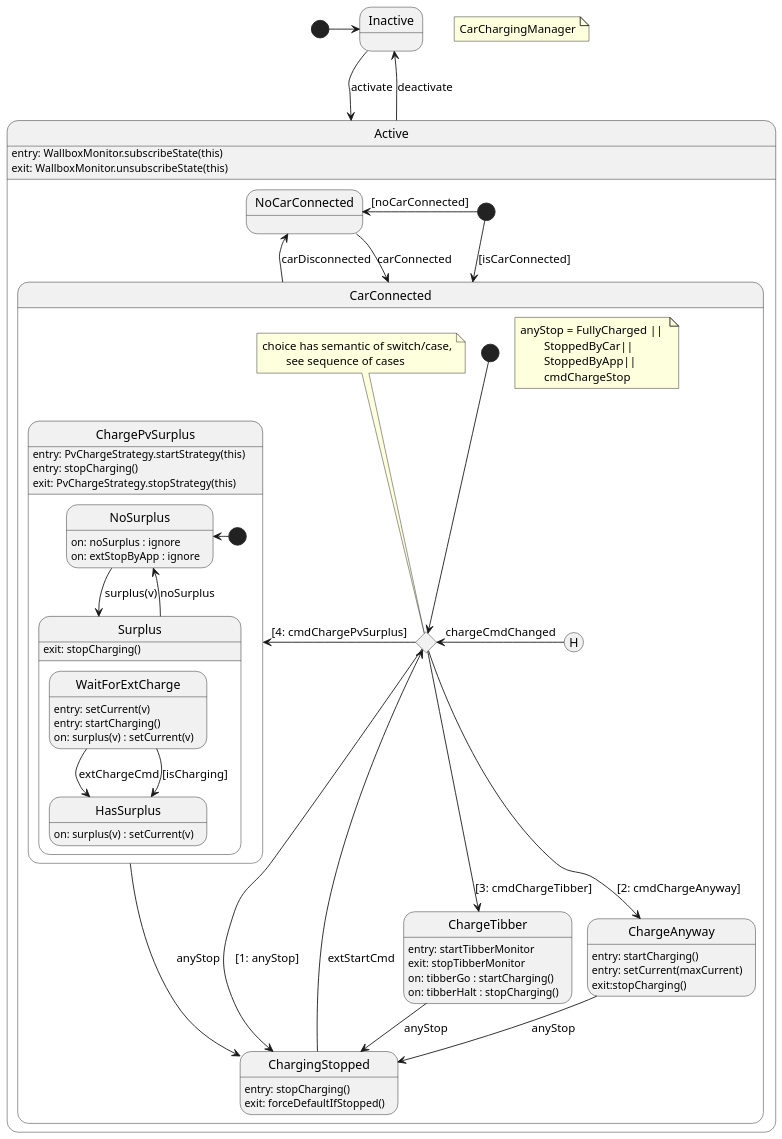
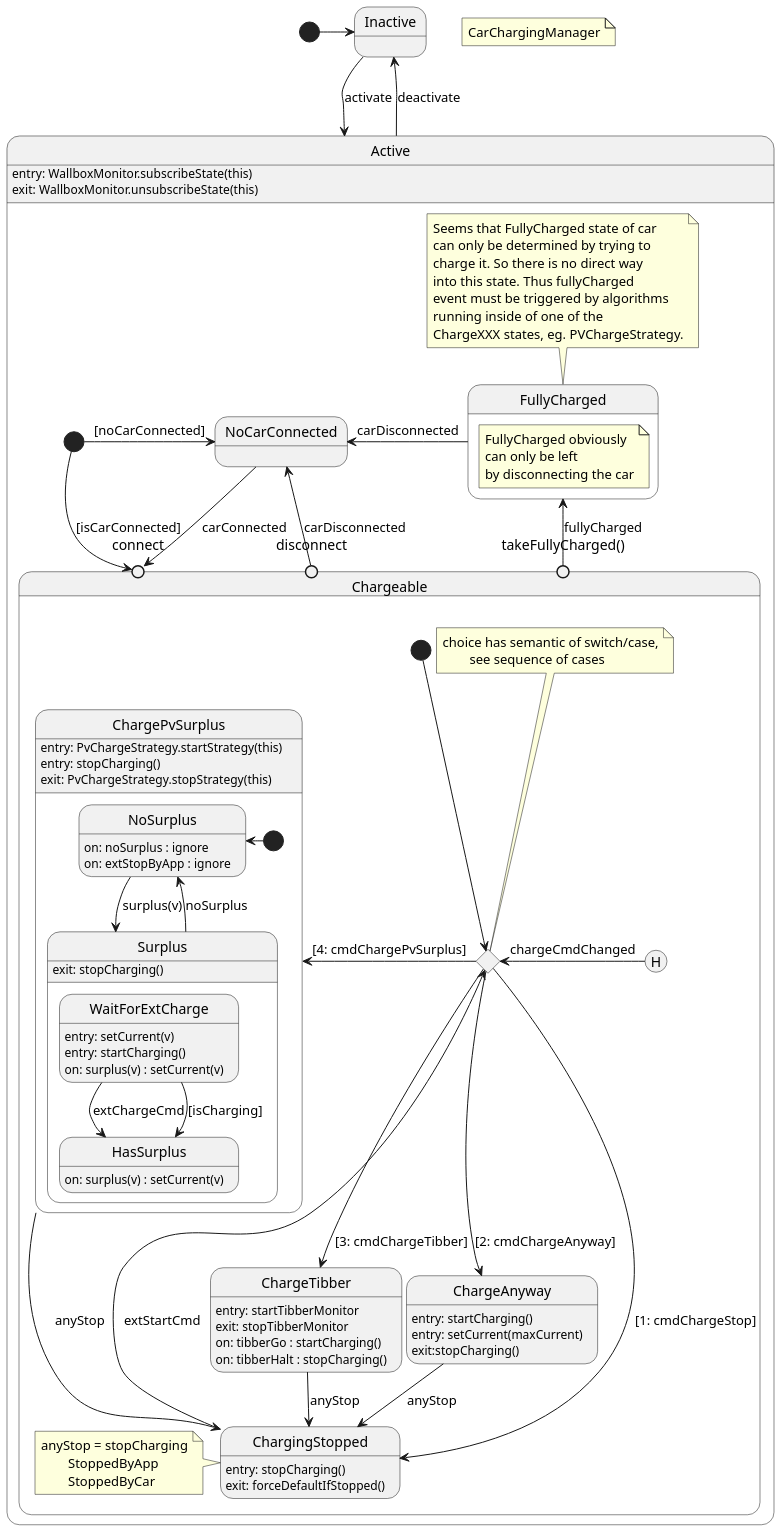
The diagram in src/main/groovy/de/geobe/energy/automation/CarChargingManager.puml (geobe/energyControl), drawn with PlantUML before and after one commit. The commit also changed 13 other files, not shown here.

```diff
--- a/src/main/groovy/de/geobe/energy/automation/CarChargingManager.puml
+++ b/src/main/groovy/de/geobe/energy/automation/CarChargingManager.puml
@@ -1,104 +1,137 @@
 @startuml
 'https://plantuml.com/state-diagram
 
 scale 1200 width
 
 [*] -right-> inAct
 
 state "Inactive" as inAct
 state "Active" as act {
     act: entry: WallboxMonitor.subscribeState(this)
     act: exit: WallboxMonitor.unsubscribeState(this)
 
-     [*] -left-> noCar : [noCarConnected]
+     [*] -r-> noCar : [noCarConnected]
 
     state "NoCarConnected" as noCar
-'      nocl: entry: cancelCharging()
 
-    state "CarConnected" as carCon {
+'    state "CarConnected" as carCon {
 
-        state "ChargingStopped" as cStop
-            cStop: entry: stopCharging()
-            cStop: exit: forceDefaultIfStopped()
+        state "Chargeable" as cabl {
 
-        state "ChargePvSurplus" as cSurplus {
-          cSurplus: entry: PvChargeStrategy.startStrategy(this)
-          cSurplus: entry: stopCharging()
-          cSurplus: exit: PvChargeStrategy.stopStrategy(this)
-'          cSurplus: exit: stopCharging()
+        state "connect" as con  <<entryPoint>>
+        state "disconnect" as dcon  <<entryPoint>>
+        state "takeFullyCharged()" as fch  <<entryPoint>>
 
-          state "Surplus" as sp {
-           sp: exit: stopCharging()
+            state "ChargePvSurplus" as cSurplus {
+              cSurplus: entry: PvChargeStrategy.startStrategy(this)
+              cSurplus: entry: stopCharging()
+              cSurplus: exit: PvChargeStrategy.stopStrategy(this)
+    '          cSurplus: exit: stopCharging()
 
-            state "HasSurplus" as hasPlus {
-'                hasPlus: entry: setCurrent(v)
-                hasPlus: on: surplus(v) : setCurrent(v)
+              state "Surplus" as sp {
+               sp: exit: stopCharging()
+
+                state "HasSurplus" as hasPlus {
+    '                hasPlus: entry: setCurrent(v)
+                    hasPlus: on: surplus(v) : setCurrent(v)
+                }
+
+                state "WaitForExtCharge" as waitCh
+                    waitCh: entry: setCurrent(v)
+                    waitCh: entry: startCharging()
+                    waitCh: on: surplus(v) : setCurrent(v)
+
             }
 
-            state "WaitForExtCharge" as waitCh
-                waitCh: entry: setCurrent(v)
-                waitCh: entry: startCharging()
-                waitCh: on: surplus(v) : setCurrent(v)
+                state "NoSurplus" as noPlus {
+                  noPlus: on: noSurplus : ignore
+                  noPlus: on: extStopByApp : ignore
+                }
 
+            state lpstart <<start>>
+
+          }
+
+           state "ChargingStopped" as cStop
+               cStop: entry: stopCharging()
+               cStop: exit: forceDefaultIfStopped()
+
+          state "ChargeTibber" as cTibber
+              cTibber: entry: startTibberMonitor
+              cTibber: exit: stopTibberMonitor
+              cTibber: on: tibberGo : startCharging()
+              cTibber: on: tibberHalt : stopCharging()
+
+
+          state "ChargeAnyway" as cAnyway
+              cAnyway: entry: startCharging()
+              cAnyway: entry: setCurrent(maxCurrent)
+              cAnyway: exit:stopCharging()
+
+          state "switch" as choiceCmd <<choice>>
+
+          note top of choiceCmd
+            choice has semantic of switch/case,
+            \tsee sequence of cases
+          end note
+
+          note left of cStop
+              anyStop = stopCharging
+              \tStoppedByApp
+              \tStoppedByCar
+          end note
+
+          [H] -l-> choiceCmd : chargeCmdChanged
+          [*] --> choiceCmd
         }
 
-            state "NoSurplus" as noPlus {
-              noPlus: on: noSurplus : ignore
-              noPlus: on: extStopByApp : ignore
-            }
+      state "FullyCharged" as full {
 
-        state lpstart <<start>>
+        note as fullNote
+            FullyCharged obviously
+            can only be left
+            by disconnecting the car
+        end note
 
       }
 
-      state "ChargeTibber" as cTibber
-      cTibber: entry: startTibberMonitor
-      cTibber: exit: stopTibberMonitor
-      cTibber: on: tibberGo : startCharging()
-      cTibber: on: tibberHalt : stopCharging()
-
-
-      state "ChargeAnyway" as cAnyway
-        cAnyway: entry: startCharging()
-        cAnyway: entry: setCurrent(maxCurrent)
-        cAnyway: exit:stopCharging()
-
-      state "switch" as choiceCmd <<choice>>
-
-      note top of choiceCmd
-        choice has semantic of switch/case,
-        \tsee sequence of cases
+      note top of full
+            Seems that FullyCharged state of car
+            can only be determined by trying to
+            charge it. So there is no direct way
+            into this state. Thus fullyCharged
+            event must be triggered by algorithms
+            running inside of one of the
+            ChargeXXX states, eg. PVChargeStrategy.
       end note
 
-      note "anyStop = FullyCharged || \n\tStoppedByCar||\n\tStoppedByApp||\n\tcmdChargeStop" as NcarCon
-
-      [H] -l-> choiceCmd : chargeCmdChanged
-      [*] --> choiceCmd
-    }
-     [*] --> carCon : [isCarConnected]
+'    }
+     [*] --> con : [isCarConnected]
 
 }
+dcon -u-> noCar : carDisconnected
+full -l-> noCar : carDisconnected
 cSurplus -down-> cStop : anyStop
+fch -u-> full : fullyCharged
 cTibber -down-> cStop : anyStop
 cAnyway --> cStop : anyStop
-carCon -up-> noCar : carDisconnected
 
 choiceCmd -l-> cSurplus : [4: cmdChargePvSurplus]
 choiceCmd --> cAnyway : [2: cmdChargeAnyway]
-choiceCmd --> cStop : [1: anyStop]
+choiceCmd --> cStop : [1: cmdChargeStop]
 choiceCmd --> cTibber : [3: cmdChargeTibber]
 cStop -up-> choiceCmd : extStartCmd
 
-noCar --> carCon : carConnected
+noCar --> con : carConnected
 inAct -down-> act : activate
 act -up-> inAct : deactivate
 
 noPlus -right-> sp : surplus(v)
 waitCh -down-> hasPlus : extChargeCmd
 waitCh -down-> hasPlus : [isCharging]
 sp -u-> noPlus : noSurplus
 lpstart -left-> noPlus
 
 note "CarChargingManager" as NTop
 
 @enduml
```
